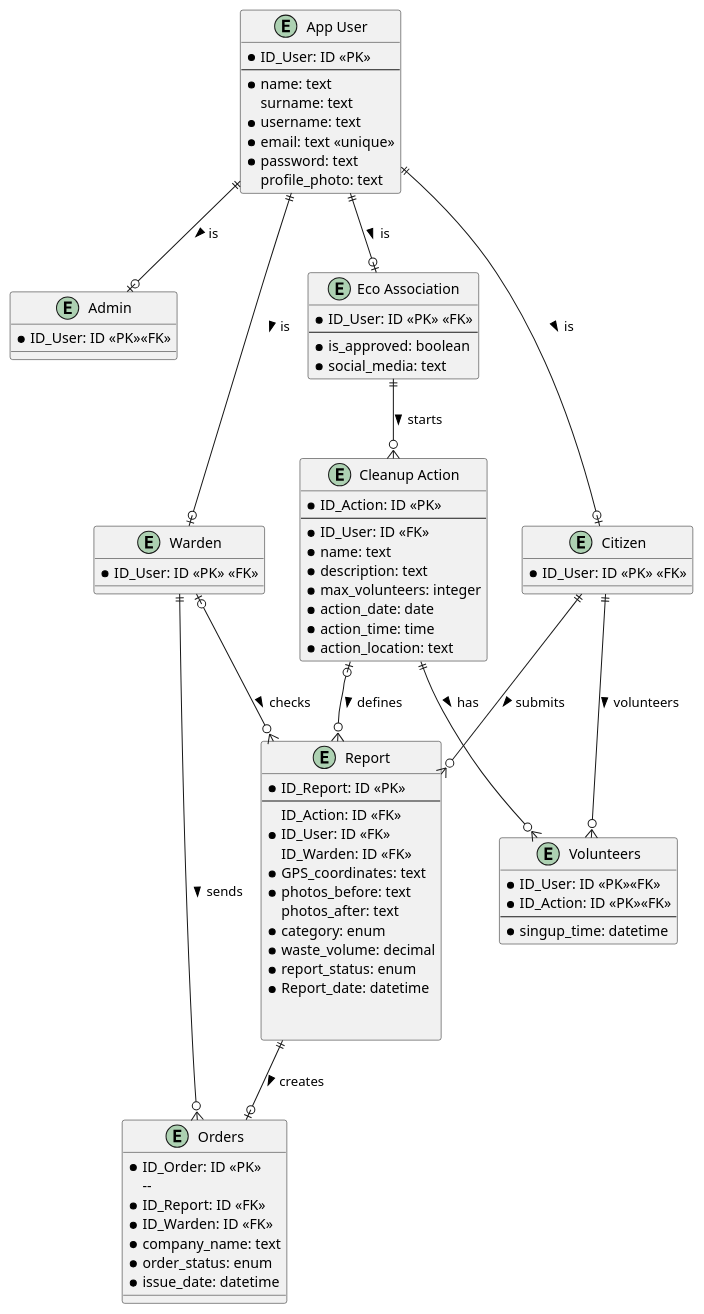
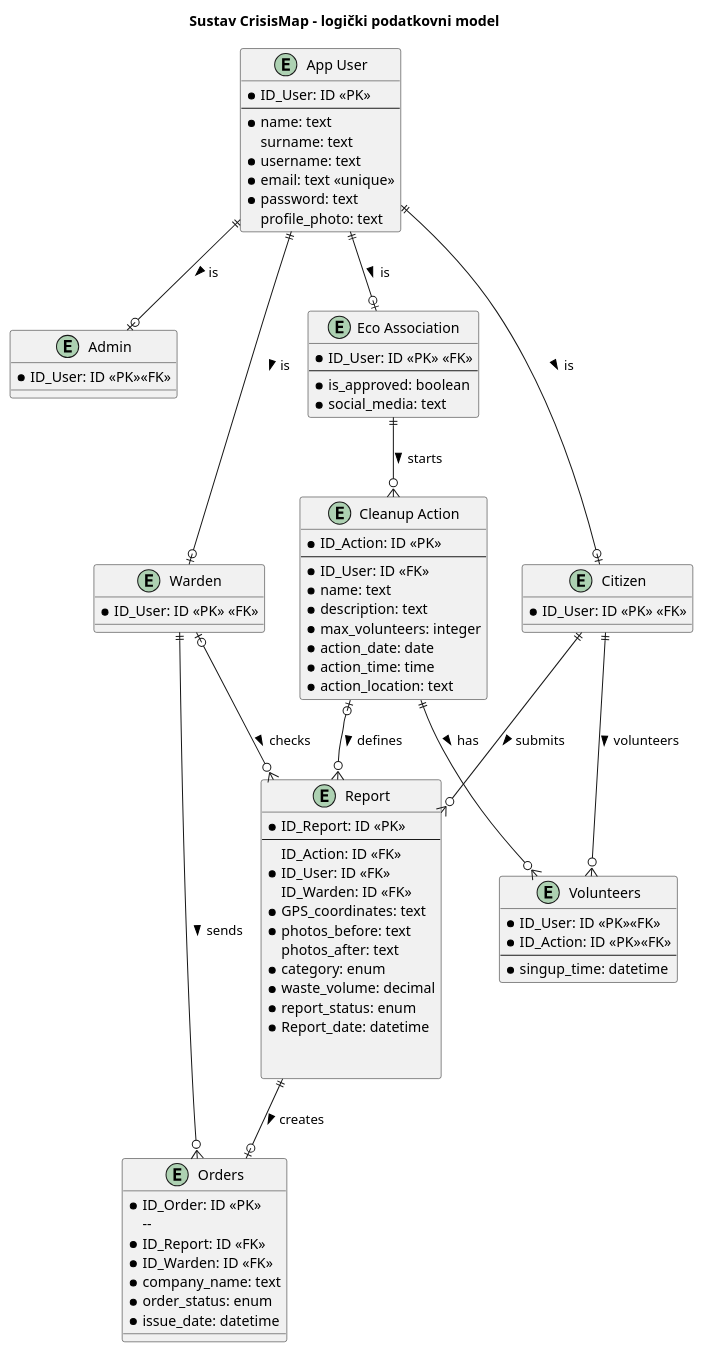
One commit to lovretomic/garbagebusters changed the diagram in docs/puml/4-2-crisismap-data-ERD.puml. Above: the diagram before and after it, drawn with PlantUML.

Commit message:
ER puml update

```diff
--- a/docs/puml/4-2-crisismap-data-ERD.puml
+++ b/docs/puml/4-2-crisismap-data-ERD.puml
@@ -1,97 +1,99 @@
 @startuml
+
+title Sustav CrisisMap – logički podatkovni model
 
 entity "App User" as App_User {
     *ID_User: ID <<PK>>
     --
     *name: text
     surname: text
     *username: text
     *email: text <<unique>>
     *password: text
     profile_photo: text
 }
 
 entity Admin {
     *ID_User: ID <<PK>><<FK>> 
 }
 
 entity Citizen {
     *ID_User: ID <<PK>> <<FK>>
 }
 
 entity Warden {
     *ID_User: ID <<PK>> <<FK>>
 }
 
 entity "Eco Association" as Eco_Association {
     *ID_User: ID <<PK>> <<FK>>
     --
     *is_approved: boolean
     *social_media: text
 }
 
 entity Report{
    *ID_Report: ID <<PK>>
    --
    ID_Action: ID <<FK>>
    *ID_User: ID <<FK>>
    ID_Warden: ID <<FK>>
    *GPS_coordinates: text
    *photos_before: text
    photos_after: text
    *category: enum
    *waste_volume: decimal
    *report_status: enum
    *Report_date: datetime
 
 
 }
 
 entity Orders {
    *ID_Order: ID <<PK>>
     --
     *ID_Report: ID <<FK>>
     *ID_Warden: ID <<FK>>
     *company_name: text
     *order_status: enum
     *issue_date: datetime
 }
 
 entity "Cleanup Action" as Cleanup_Action {
    *ID_Action: ID <<PK>>
    --
    *ID_User: ID <<FK>>
    *name: text
    *description: text
    *max_volunteers: integer
    *action_date: date
    *action_time: time
    *action_location: text
 }
 
 entity Volunteers {
    *ID_User: ID <<PK>><<FK>>
    *ID_Action: ID <<PK>><<FK>>
    --
    *singup_time: datetime
 }
 
 App_User ||--o| Admin: is >
 App_User ||--o| Citizen: is >
 App_User ||--o| Warden: is >
 App_User ||--o| Eco_Association: is >
 
 Citizen ||--o{ Report: submits >
 Citizen ||--o{ Volunteers: volunteers >
 
 Warden |o--o{ Report: checks >
 Warden ||--o{ Orders: sends >
 
 Report ||--o| Orders: creates >
 
 Cleanup_Action ||--o{ Volunteers: has >
 Cleanup_Action |o--o{ Report:  defines >
 
 Eco_Association ||--o{ Cleanup_Action: starts >
 
 @enduml
```
